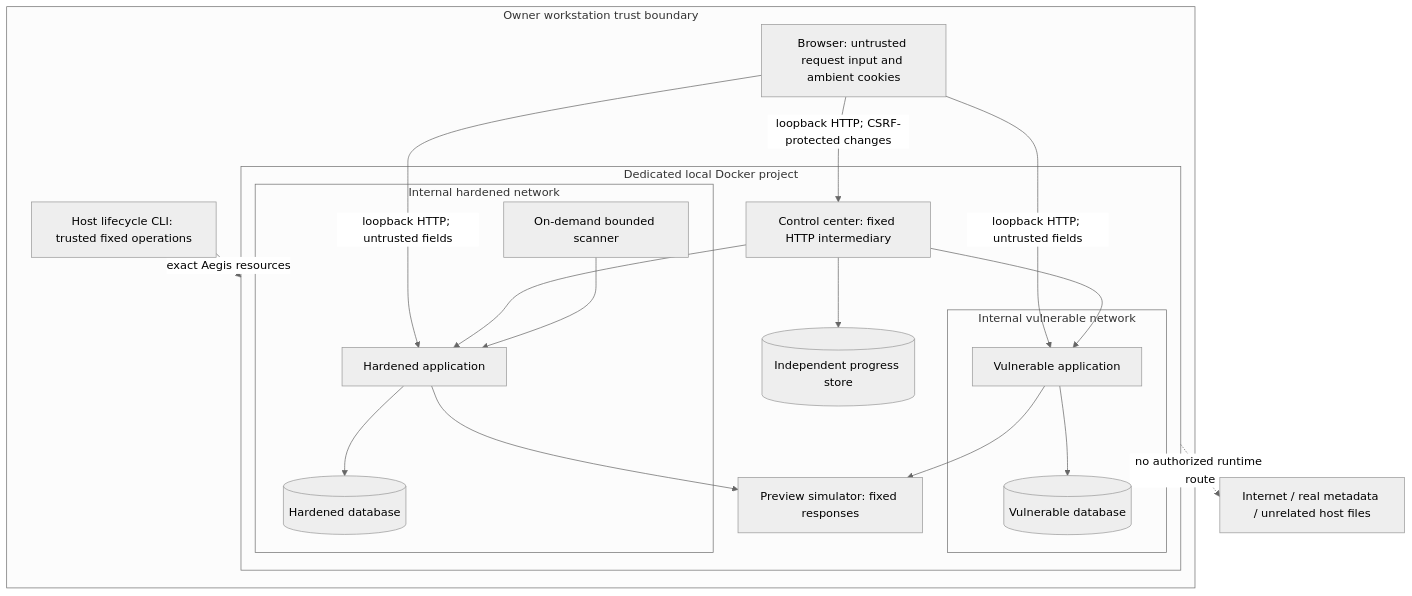
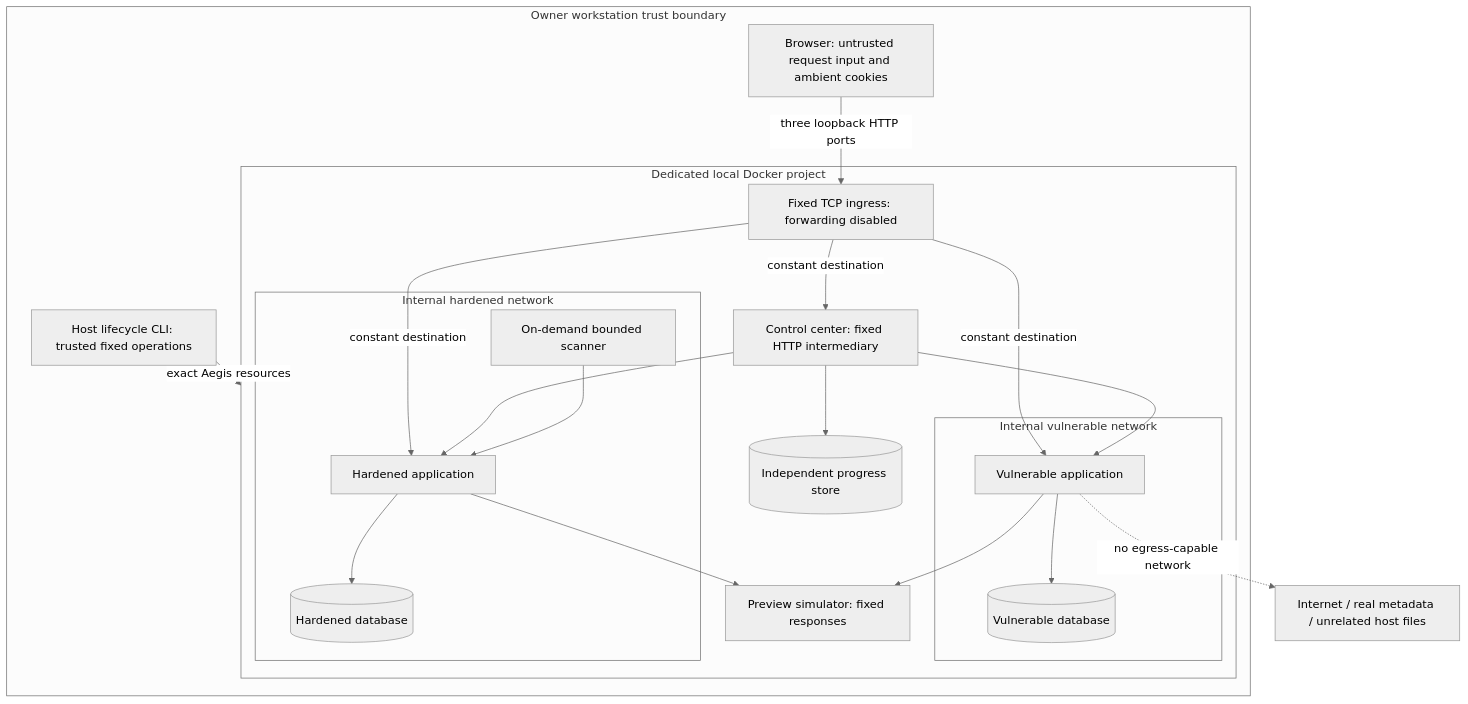
Before and after one commit to gig0d/web-application-security-lab: the diagram in docs/threat-model.md, drawn with Mermaid (neutral theme). The commit also changed other lines of this file and 21 other files, not shown here.

Commit message:
fix: provide fixed loopback ingress and preserve scanner artifact integrity

````diff
--- a/docs/threat-model.md
+++ b/docs/threat-model.md
@@ -13,34 +13,36 @@
 ```mermaid
 flowchart TB
     subgraph Host[Owner workstation trust boundary]
         Browser[Browser: untrusted request input and ambient cookies]
         CLI[Host lifecycle CLI: trusted fixed operations]
         subgraph Docker[Dedicated local Docker project]
             subgraph VNet[Internal vulnerable network]
                 V[Vulnerable application]
                 VD[(Vulnerable database)]
                 V --> VD
             end
             subgraph HNet[Internal hardened network]
                 H[Hardened application]
                 HD[(Hardened database)]
                 H --> HD
                 Z[On-demand bounded scanner] --> H
             end
             Controller[Control center: fixed HTTP intermediary]
+            Ingress[Fixed TCP ingress: forwarding disabled]
             Simulator[Preview simulator: fixed responses]
             Notes[(Independent progress store)]
             Controller --> V
             Controller --> H
             Controller --> Notes
             V --> Simulator
             H --> Simulator
         end
-        Browser -->|loopback HTTP; untrusted fields| V
-        Browser -->|loopback HTTP; untrusted fields| H
-        Browser -->|loopback HTTP; CSRF-protected changes| Controller
+        Browser -->|three loopback HTTP ports| Ingress
+        Ingress -->|constant destination| V
+        Ingress -->|constant destination| H
+        Ingress -->|constant destination| Controller
         CLI -->|exact Aegis resources| Docker
     end
     External[Internet / real metadata / unrelated host files]
-    Docker -. no authorized runtime route .-> External
+    V -. no egress-capable network .-> External
 ```
````
